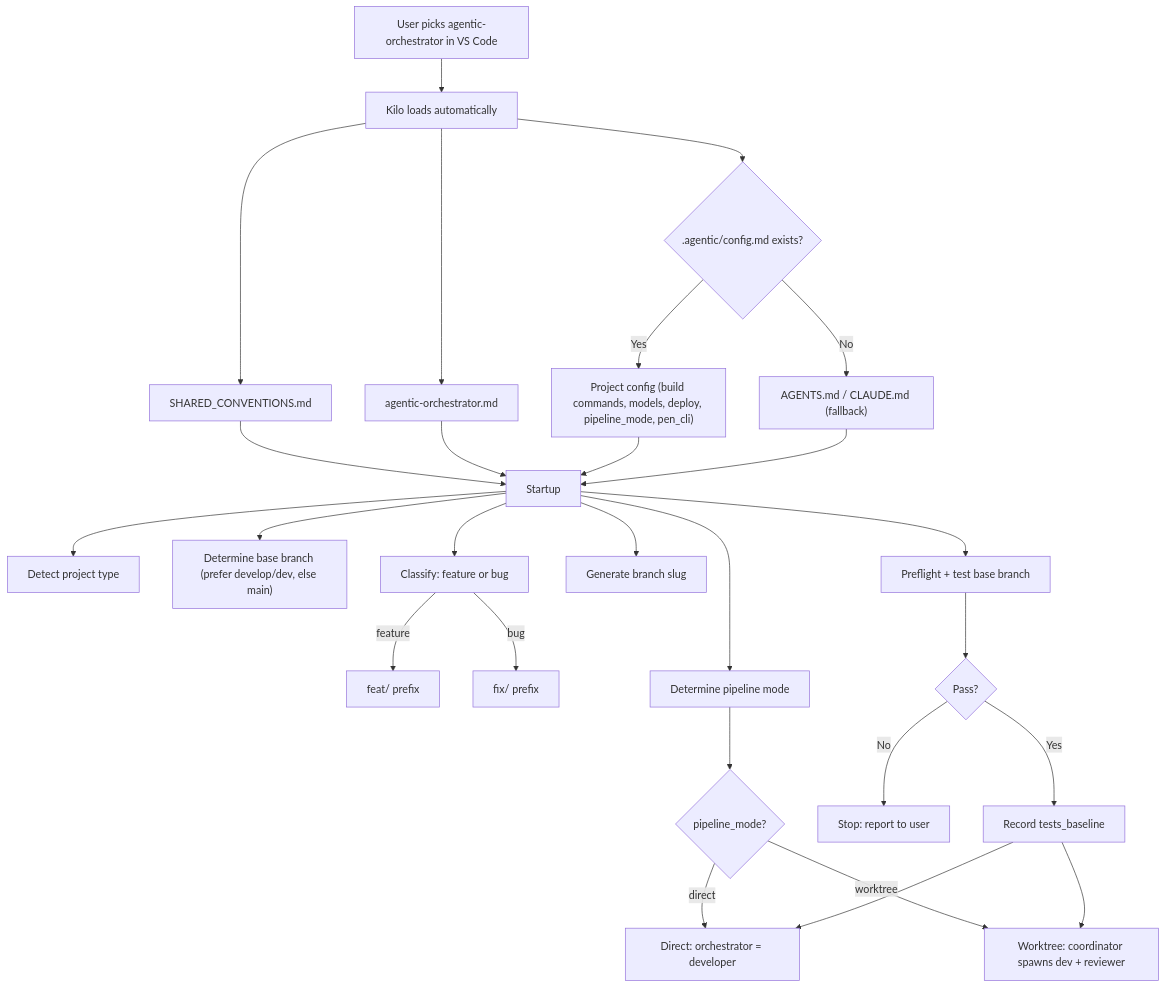
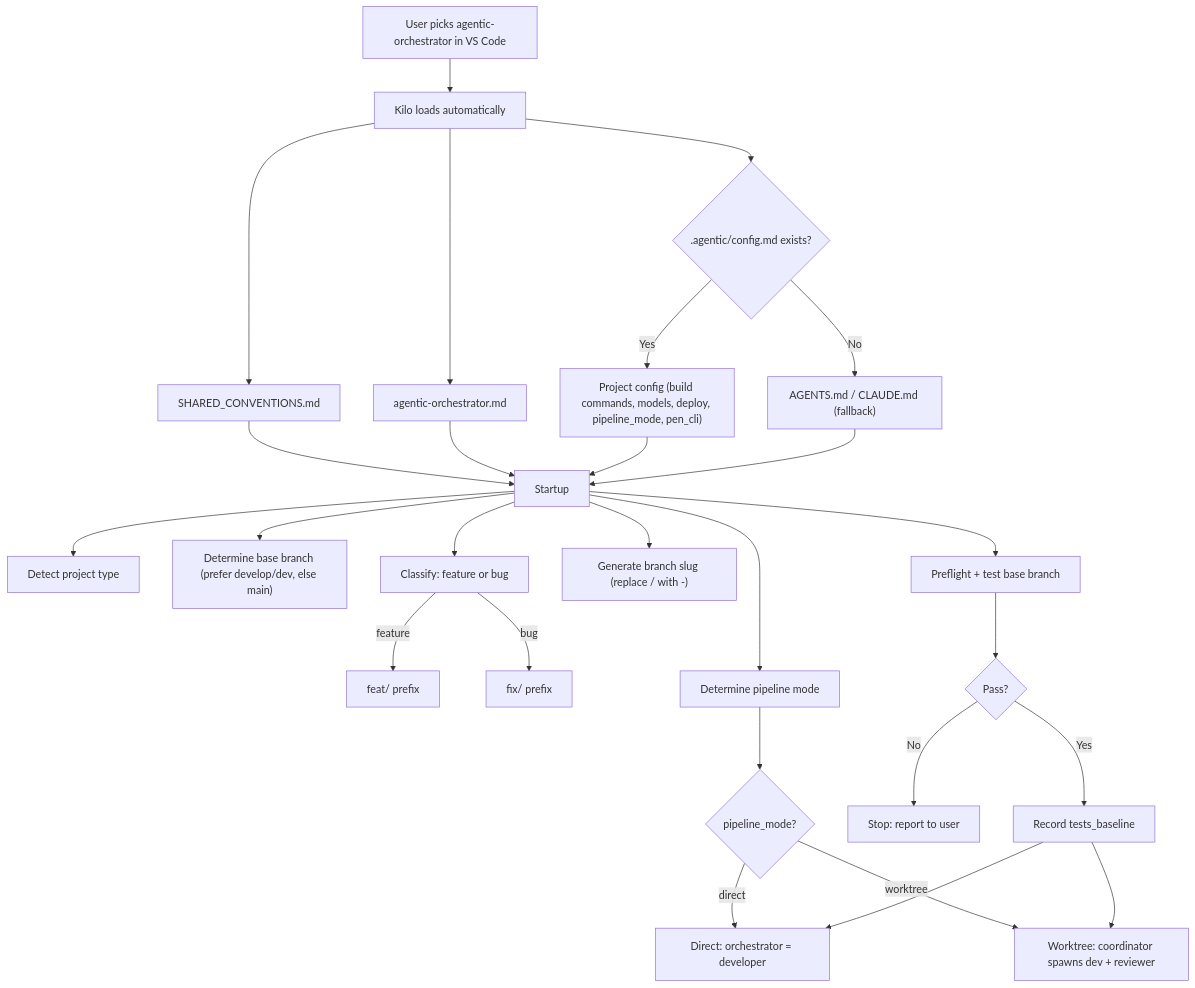
The first of 9 diagrams in docs/AGENTIC_PIPELINE.md (Nayeem170/KoThok), drawn with Mermaid before and after one commit. The commit also changed other lines of this file, not shown here.

````diff
--- a/docs/AGENTIC_PIPELINE.md
+++ b/docs/AGENTIC_PIPELINE.md
@@ -67,31 +76,31 @@
 ```mermaid
-flowchart TB
+flowchart TD
     U["User picks agentic-orchestrator in VS Code"]
     K["Kilo loads automatically"]
     K --> S["SHARED_CONVENTIONS.md"]
     K --> A["agentic-orchestrator.md"]
     K --> C{".agentic/config.md exists?"}
     C -- Yes --> PC["Project config (build commands, models, deploy, pipeline_mode, pen_cli)"]
     C -- No --> F["AGENTS.md / CLAUDE.md (fallback)"]
     U --> K
     S --> ST["Startup"]
     A --> ST
     PC --> ST
     F --> ST
     ST --> D["Detect project type"]
     ST --> BB["Determine base branch (prefer develop/dev, else main)"]
     ST --> CL["Classify: feature or bug"]
     CL -- feature --> BP["feat/ prefix"]
     CL -- bug --> BP2["fix/ prefix"]
-    ST --> SL["Generate branch slug"]
+    ST --> SL["Generate branch slug (replace / with -)"]
     ST --> PM["Determine pipeline mode"]
     PM --> MODE{"pipeline_mode?"}
     MODE -- direct --> DIR["Direct: orchestrator = developer"]
     MODE -- worktree --> WTM["Worktree: coordinator spawns dev + reviewer"]
     ST --> PF["Preflight + test base branch"]
     PF --> PF2{"Pass?"}
     PF2 -- No --> FAIL["Stop: report to user"]
     PF2 -- Yes --> BL["Record tests_baseline"]
     BL --> DIR
     BL --> WTM
 ```
````
